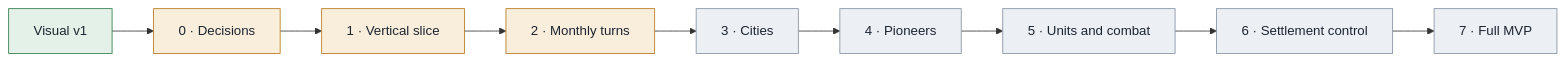
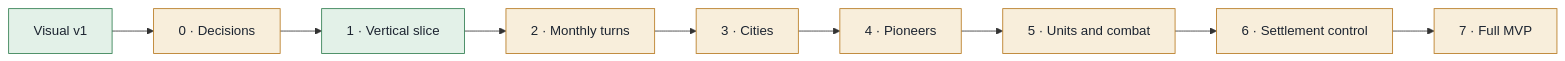
The diagram in README.md (EllaSharakanski/statecraft-israel), drawn with Mermaid before and after one commit. The commit also changed other lines of this file and 14 other files, not shown here.

````diff
--- a/README.md
+++ b/README.md
@@ -89,14 +92,14 @@
 ```mermaid
 flowchart LR
   V["Visual v1"]:::done --> P0["0 · Decisions"]:::now
-  P0 --> P1["1 · Vertical slice"]:::now
+  P0 --> P1["1 · Vertical slice"]:::done
   P1 --> P2["2 · Monthly turns"]:::now
-  P2 --> P3["3 · Cities"]:::next
-  P3 --> P4["4 · Pioneers"]:::next
-  P4 --> P5["5 · Units and combat"]:::next
-  P5 --> P6["6 · Settlement control"]:::next
-  P6 --> P7["7 · Full MVP"]:::next
+  P2 --> P3["3 · Cities"]:::now
+  P3 --> P4["4 · Pioneers"]:::now
+  P4 --> P5["5 · Units and combat"]:::now
+  P5 --> P6["6 · Settlement control"]:::now
+  P6 --> P7["7 · Full MVP"]:::now
   classDef done fill:#e3f1e8,stroke:#2f7d4f,color:#1c2430
   classDef now fill:#f8eedb,stroke:#b7791f,color:#1c2430
   classDef next fill:#eceff3,stroke:#8792a2,color:#1c2430
 ```
````
